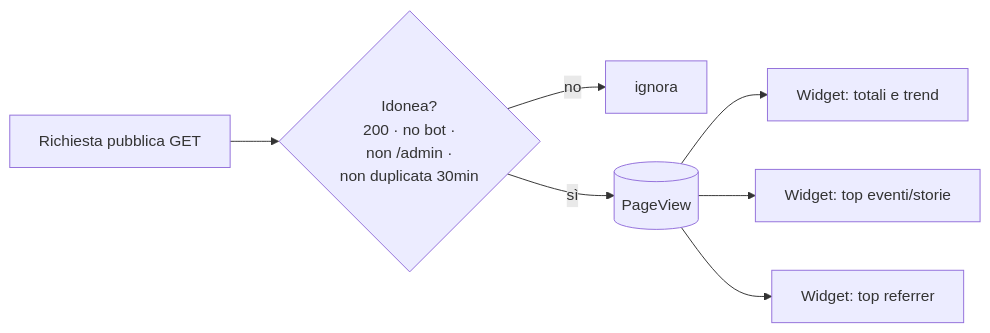
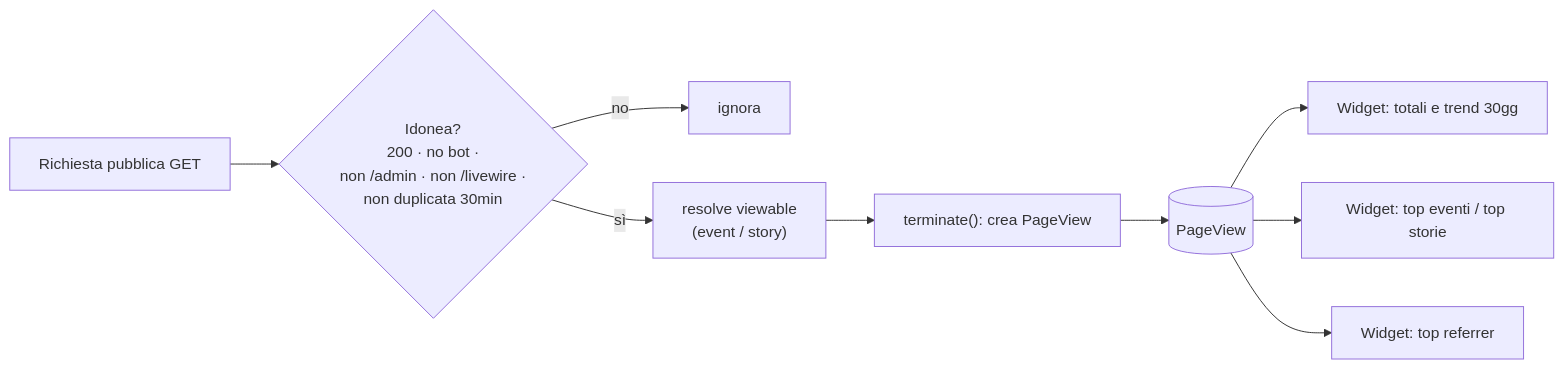
Before and after one commit to salento-dev/website: the fourth of 5 diagrams in docs/01_analisi_funzionale/02_funzionalita.md, drawn with Mermaid. The commit also changed other lines of this file and 16 other files, not shown here.

````diff
--- a/docs/01_analisi_funzionale/02_funzionalita.md
+++ b/docs/01_analisi_funzionale/02_funzionalita.md
@@ -91,9 +215,11 @@
 ```mermaid
 flowchart LR
-    REQ["Richiesta pubblica GET"] --> CHK{"Idonea?<br/>200 · no bot ·<br/>non /admin ·<br/>non duplicata 30min"}
+    REQ["Richiesta pubblica GET"] --> CHK{"Idonea?<br/>200 · no bot ·<br/>non /admin · non /livewire ·<br/>non duplicata 30min"}
     CHK -->|no| SKIP[ignora]
-    CHK -->|sì| PV[("PageView")]
-    PV --> W1["Widget: totali e trend"]
-    PV --> W2["Widget: top eventi/storie"]
+    CHK -->|sì| RES["resolve viewable<br/>(event / story)"]
+    RES --> TERM["terminate(): crea PageView"]
+    TERM --> PV[("PageView")]
+    PV --> W1["Widget: totali e trend 30gg"]
+    PV --> W2["Widget: top eventi / top storie"]
     PV --> W3["Widget: top referrer"]
 ```
````
